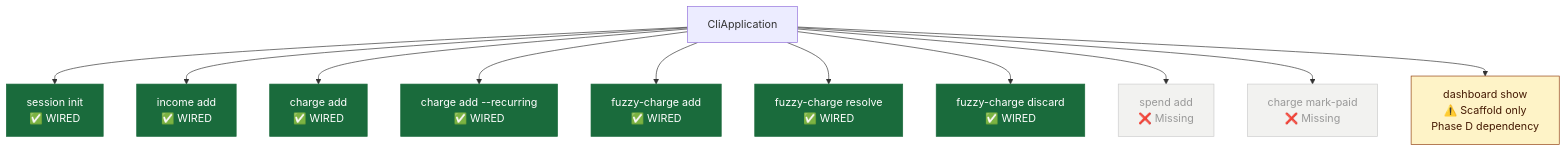
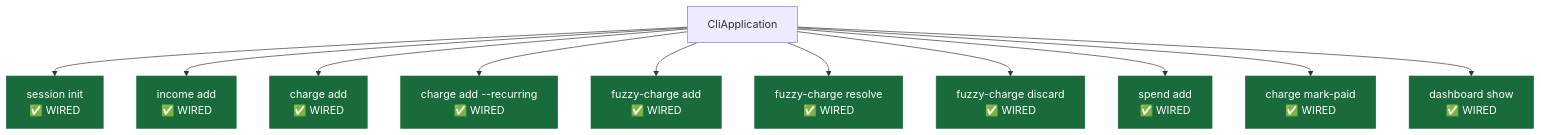
Diagram 11 of 25 in Docs/stage1_implementation_status.md (MoaminShikha/student-expense-tracker), drawn with Mermaid before and after one commit. The commit also changed other lines of this file, not shown here.

````diff
--- a/Docs/stage1_implementation_status.md
+++ b/Docs/stage1_implementation_status.md
@@ -368,26 +355,26 @@
 ```mermaid
 graph TD
     CLI[CliApplication]
 
     CLI --> SI["session init\n✅ WIRED"]
     CLI --> IA["income add\n✅ WIRED"]
     CLI --> CA["charge add\n✅ WIRED"]
     CLI --> CAR["charge add --recurring\n✅ WIRED"]
     CLI --> FCA["fuzzy-charge add\n✅ WIRED"]
     CLI --> FCR["fuzzy-charge resolve\n✅ WIRED"]
     CLI --> FCD["fuzzy-charge discard\n✅ WIRED"]
-    CLI --> SA["spend add\n❌ Missing"]
-    CLI --> CMP["charge mark-paid\n❌ Missing"]
-    CLI --> DS["dashboard show\n⚠️ Scaffold only\nPhase D dependency"]
+    CLI --> SA["spend add\n✅ WIRED"]
+    CLI --> CMP["charge mark-paid\n✅ WIRED"]
+    CLI --> DS["dashboard show\n✅ WIRED"]
 
     style SI fill:#1a6b3c,color:#fff,stroke:#1a6b3c
-    style DS fill:#fef3c7,stroke:#92400e,color:#451a03
+    style DS fill:#1a6b3c,color:#fff,stroke:#1a6b3c
     style IA fill:#1a6b3c,color:#fff,stroke:#1a6b3c
     style CA fill:#1a6b3c,color:#fff,stroke:#1a6b3c
     style CAR fill:#1a6b3c,color:#fff,stroke:#1a6b3c
     style FCA fill:#1a6b3c,color:#fff,stroke:#1a6b3c
     style FCR fill:#1a6b3c,color:#fff,stroke:#1a6b3c
     style FCD fill:#1a6b3c,color:#fff,stroke:#1a6b3c
-    style SA fill:#f2f2f0,stroke:#ccc,color:#999
-    style CMP fill:#f2f2f0,stroke:#ccc,color:#999
+    style SA fill:#1a6b3c,color:#fff,stroke:#1a6b3c
+    style CMP fill:#1a6b3c,color:#fff,stroke:#1a6b3c
 ```
````
